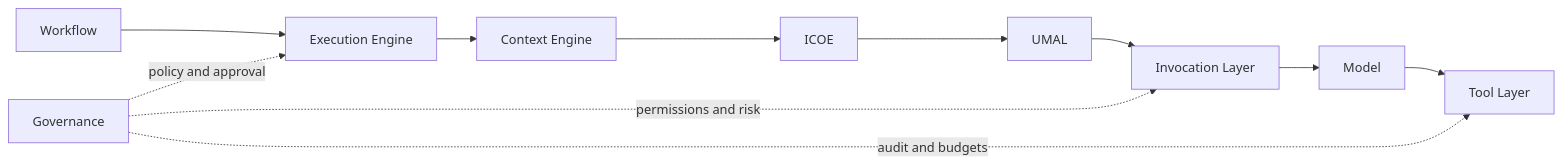
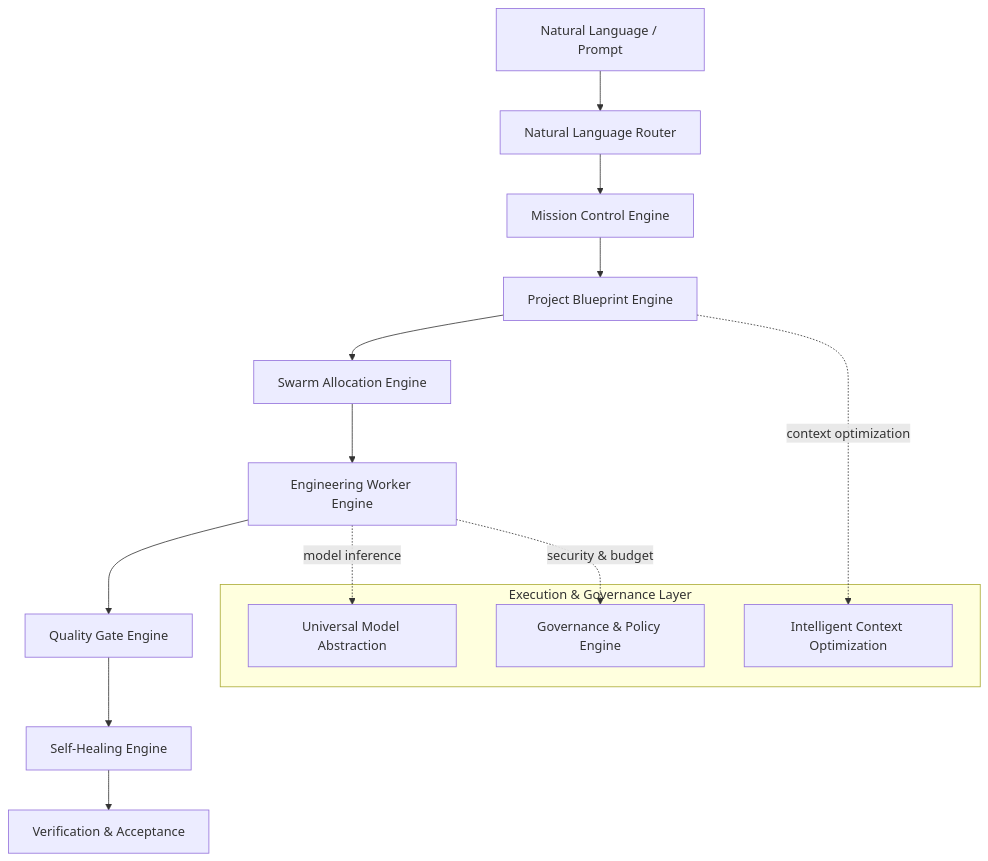
One commit to AniruddhaDas1/OniRoute_SwarmAgents changed the first of 2 diagrams in README.md. Above: the diagram before and after it, drawn with Mermaid. The commit also changed other lines of this file and 3 other files, not shown here.

````diff
--- a/README.md
+++ b/README.md
@@ -78,13 +43,21 @@
 ```mermaid
-flowchart LR
-    W[Workflow] --> E[Execution Engine]
-    E --> C[Context Engine]
-    C --> I[ICOE]
-    I --> U[UMAL]
-    U --> V[Invocation Layer]
-    V --> M[Model]
-    M --> T[Tool Layer]
-    G[Governance] -. policy and approval .-> E
-    G -. permissions and risk .-> V
-    G -. audit and budgets .-> T
+flowchart TD
+    NL[Natural Language / Prompt] --> NLR[Natural Language Router]
+    NLR --> MC[Mission Control Engine]
+    MC --> PB[Project Blueprint Engine]
+    PB --> SA[Swarm Allocation Engine]
+    SA --> EW[Engineering Worker Engine]
+    EW --> QG[Quality Gate Engine]
+    QG --> SH[Self-Healing Engine]
+    SH --> VA[Verification & Acceptance]
+    
+    subgraph Execution & Governance Layer
+        UMAL[Universal Model Abstraction]
+        ICOE[Intelligent Context Optimization]
+        GOV[Governance & Policy Engine]
+    end
+    
+    EW -. model inference .-> UMAL
+    PB -. context optimization .-> ICOE
+    EW -. security & budget .-> GOV
 ```
````
